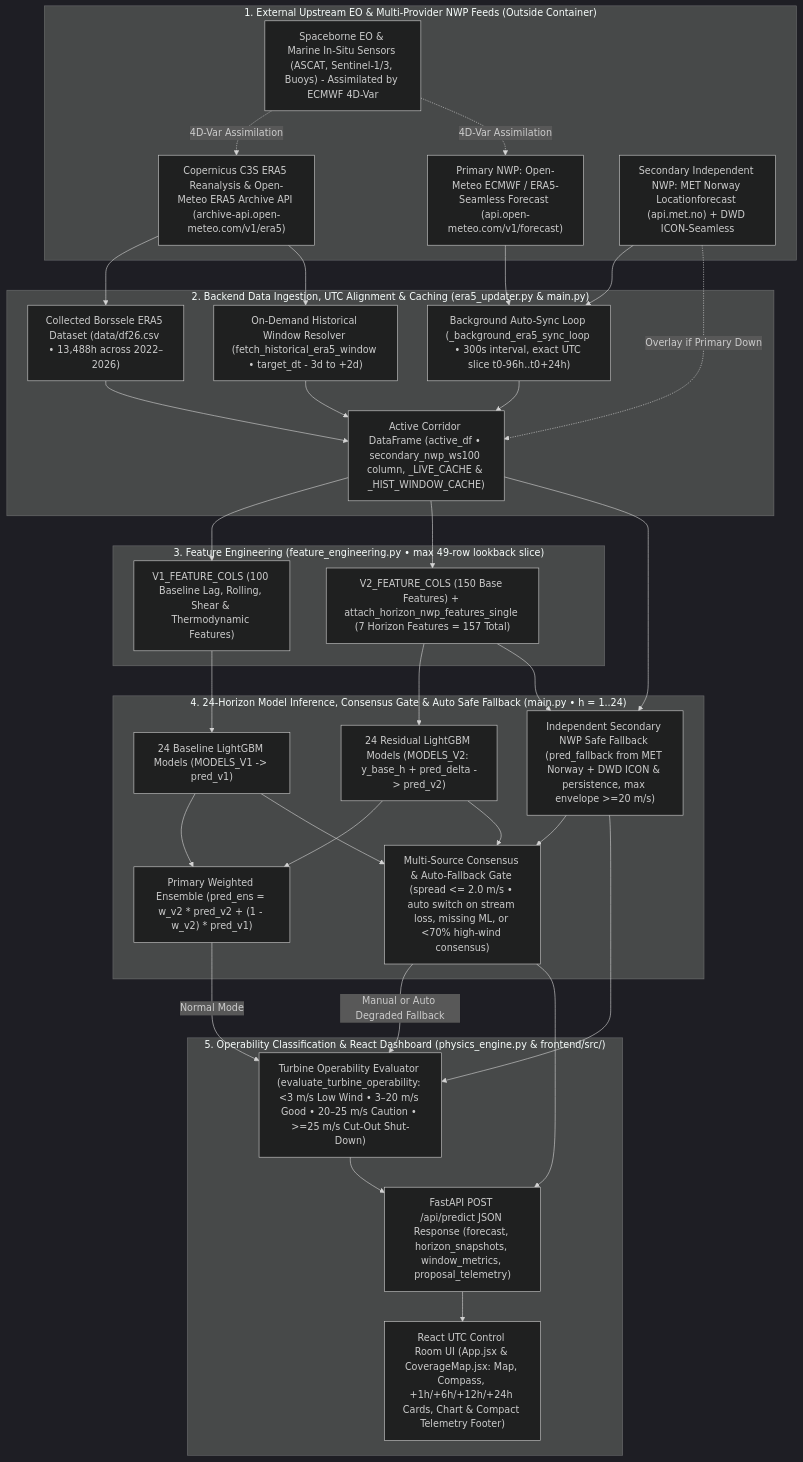
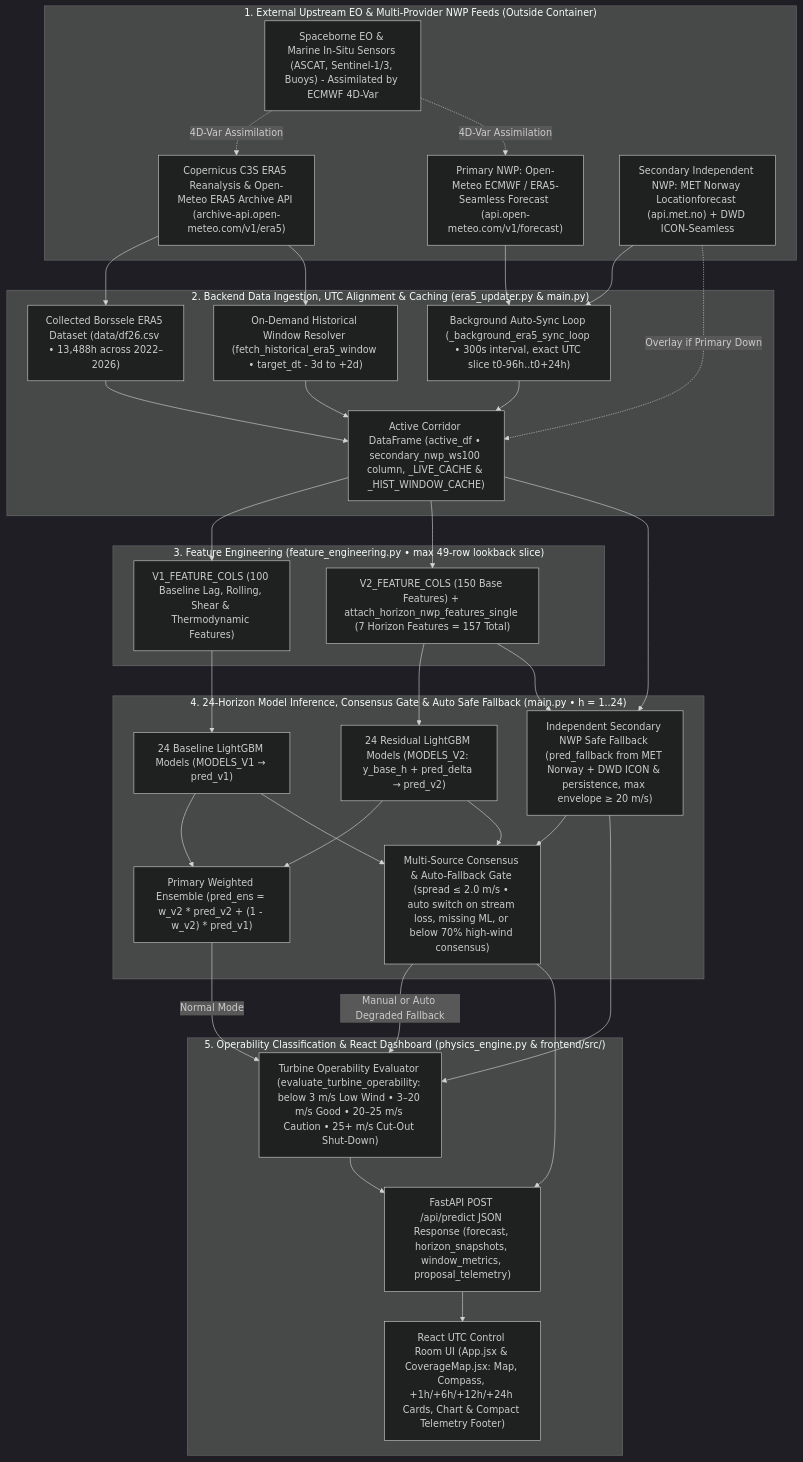
One commit to RaphaelCochez/windguard-offshore-wind-forecasting changed the diagram in README.md. Above: the diagram before and after it, drawn with Mermaid (dark theme). The commit also changed other lines of this file, not shown here.

Commit message:
docs: fix GitHub Mermaid HTML tag parsing & use fenced math blocks in README

````diff
--- a/README.md
+++ b/README.md
@@ -63,67 +63,67 @@
 ```mermaid
 flowchart TD
     subgraph External_Upstream["1. External Upstream EO & Multi-Provider NWP Feeds (Outside Container)"]
         SAT["Spaceborne EO & Marine In-Situ Sensors (ASCAT, Sentinel-1/3, Buoys) - Assimilated by ECMWF 4D-Var"]
         CDS["Copernicus C3S ERA5 Reanalysis & Open-Meteo ERA5 Archive API (archive-api.open-meteo.com/v1/era5)"]
         NWP_PRIM["Primary NWP: Open-Meteo ECMWF / ERA5-Seamless Forecast (api.open-meteo.com/v1/forecast)"]
         NWP_SEC["Secondary Independent NWP: MET Norway Locationforecast (api.met.no) + DWD ICON-Seamless"]
         SAT -.->|"4D-Var Assimilation"| CDS
         SAT -.->|"4D-Var Assimilation"| NWP_PRIM
     end
 
     subgraph Ingestion_Layer["2. Backend Data Ingestion, UTC Alignment & Caching (era5_updater.py & main.py)"]
         DF26["Collected Borssele ERA5 Dataset (data/df26.csv • 13,488h across 2022–2026)"]
         DAEMON["Background Auto-Sync Loop (_background_era5_sync_loop • 300s interval, exact UTC slice t0-96h..t0+24h)"]
         HIST["On-Demand Historical Window Resolver (fetch_historical_era5_window • target_dt - 3d to +2d)"]
         CACHE["Active Corridor DataFrame (active_df • secondary_nwp_ws100 column, _LIVE_CACHE & _HIST_WINDOW_CACHE)"]
     end
 
     subgraph Feature_Layer["3. Feature Engineering (feature_engineering.py • max 49-row lookback slice)"]
         X_V1["V1_FEATURE_COLS (100 Baseline Lag, Rolling, Shear & Thermodynamic Features)"]
         X_V2["V2_FEATURE_COLS (150 Base Features) + attach_horizon_nwp_features_single (7 Horizon Features = 157 Total)"]
     end
 
     subgraph Inference_Layer["4. 24-Horizon Model Inference, Consensus Gate & Auto Safe Fallback (main.py • h = 1..24)"]
-        M_V1["24 Baseline LightGBM Models (MODELS_V1 -> pred_v1)"]
-        M_V2["24 Residual LightGBM Models (MODELS_V2: y_base_h + pred_delta -> pred_v2)"]
+        M_V1["24 Baseline LightGBM Models (MODELS_V1 → pred_v1)"]
+        M_V2["24 Residual LightGBM Models (MODELS_V2: y_base_h + pred_delta → pred_v2)"]
         ENS["Primary Weighted Ensemble (pred_ens = w_v2 * pred_v2 + (1 - w_v2) * pred_v1)"]
-        FB["Independent Secondary NWP Safe Fallback (pred_fallback from MET Norway + DWD ICON & persistence, max envelope >=20 m/s)"]
-        CONS["Multi-Source Consensus & Auto-Fallback Gate (spread <= 2.0 m/s • auto switch on stream loss, missing ML, or <70% high-wind consensus)"]
+        FB["Independent Secondary NWP Safe Fallback (pred_fallback from MET Norway + DWD ICON & persistence, max envelope ≥ 20 m/s)"]
+        CONS["Multi-Source Consensus & Auto-Fallback Gate (spread ≤ 2.0 m/s • auto switch on stream loss, missing ML, or below 70% high-wind consensus)"]
     end
 
     subgraph Physics_UI["5. Operability Classification & React Dashboard (physics_engine.py & frontend/src/)"]
-        PHYS["Turbine Operability Evaluator (evaluate_turbine_operability: <3 m/s Low Wind • 3–20 m/s Good • 20–25 m/s Caution • >=25 m/s Cut-Out Shut-Down)"]
+        PHYS["Turbine Operability Evaluator (evaluate_turbine_operability: below 3 m/s Low Wind • 3–20 m/s Good • 20–25 m/s Caution • 25+ m/s Cut-Out Shut-Down)"]
         API["FastAPI POST /api/predict JSON Response (forecast, horizon_snapshots, window_metrics, proposal_telemetry)"]
         UI["React UTC Control Room UI (App.jsx & CoverageMap.jsx: Map, Compass, +1h/+6h/+12h/+24h Cards, Chart & Compact Telemetry Footer)"]
     end
 
     CDS --> DF26
     CDS --> HIST
     NWP_PRIM --> DAEMON
     NWP_SEC --> DAEMON
     NWP_SEC -.->|"Overlay if Primary Down"| CACHE
     DF26 --> CACHE
     DAEMON --> CACHE
     HIST --> CACHE
 
     CACHE --> X_V1
     CACHE --> X_V2
 
     X_V1 --> M_V1
     X_V2 --> M_V2
 
     M_V1 --> ENS
     M_V2 --> ENS
     CACHE --> FB
     X_V2 --> FB
     M_V1 --> CONS
     M_V2 --> CONS
     FB --> CONS
 
     ENS -->|"Normal Mode"| PHYS
     CONS -->|"Manual or Auto Degraded Fallback"| PHYS
     FB --> PHYS
     CONS --> API
     PHYS --> API
     API --> UI
 ```
````
